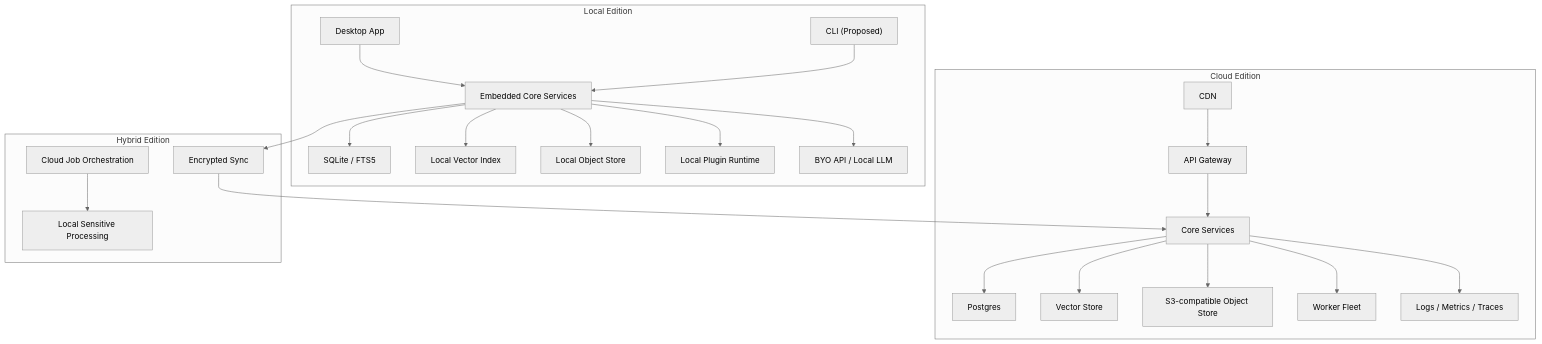
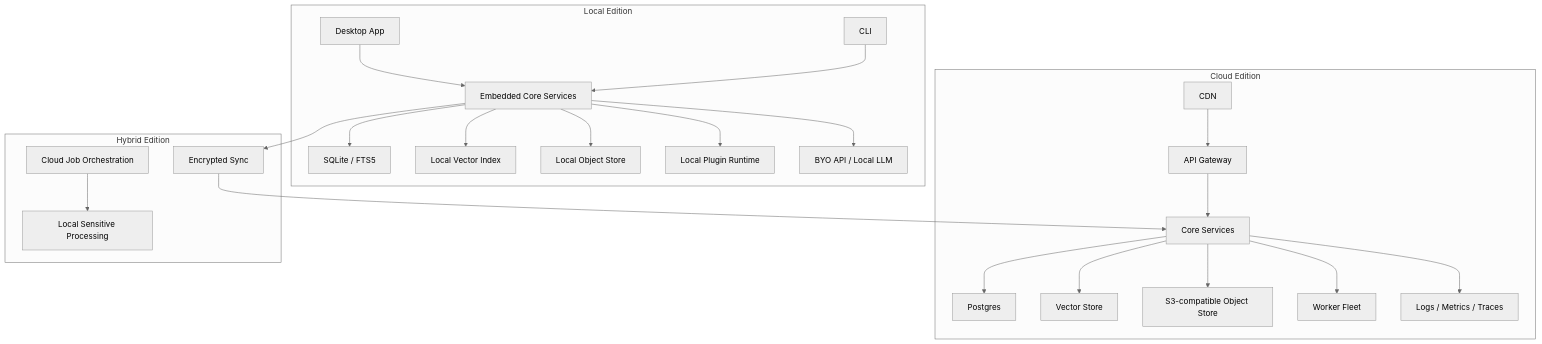
Before and after one commit to SayHISayHI/link-world: the second of 8 diagrams in docs/architecture.md, drawn with Mermaid (neutral theme). The commit also changed other lines of this file and 42 other files, not shown here.

````diff
--- a/docs/architecture.md
+++ b/docs/architecture.md
@@ -220,50 +220,50 @@
 ```mermaid
 flowchart TB
   subgraph Local["Local Edition"]
     LocalApp["Desktop App"]
-    LocalCLI["CLI (Proposed)"]
+    LocalCLI["CLI"]
     LocalCore["Embedded Core Services"]
     LocalDB["SQLite / FTS5"]
     LocalVector["Local Vector Index"]
     LocalObject["Local Object Store"]
     LocalPlugins["Local Plugin Runtime"]
     LocalModel["BYO API / Local LLM"]
   end
 
   subgraph Cloud["Cloud Edition"]
     CDN["CDN"]
     Gateway["API Gateway"]
     CloudCore["Core Services"]
     CloudDB["Postgres"]
     CloudVector["Vector Store"]
     Blob["S3-compatible Object Store"]
     Workers["Worker Fleet"]
     Observability["Logs / Metrics / Traces"]
   end
 
   subgraph Hybrid["Hybrid Edition"]
     EncryptedSync["Encrypted Sync"]
     LocalSensitive["Local Sensitive Processing"]
     CloudJobs["Cloud Job Orchestration"]
   end
 
   LocalApp --> LocalCore
   LocalCLI --> LocalCore
   LocalCore --> LocalDB
   LocalCore --> LocalVector
   LocalCore --> LocalObject
   LocalCore --> LocalPlugins
   LocalCore --> LocalModel
 
   CDN --> Gateway
   Gateway --> CloudCore
   CloudCore --> CloudDB
   CloudCore --> CloudVector
   CloudCore --> Blob
   CloudCore --> Workers
   CloudCore --> Observability
 
   LocalCore --> EncryptedSync
   EncryptedSync --> CloudCore
   CloudJobs --> LocalSensitive
 ```
````
